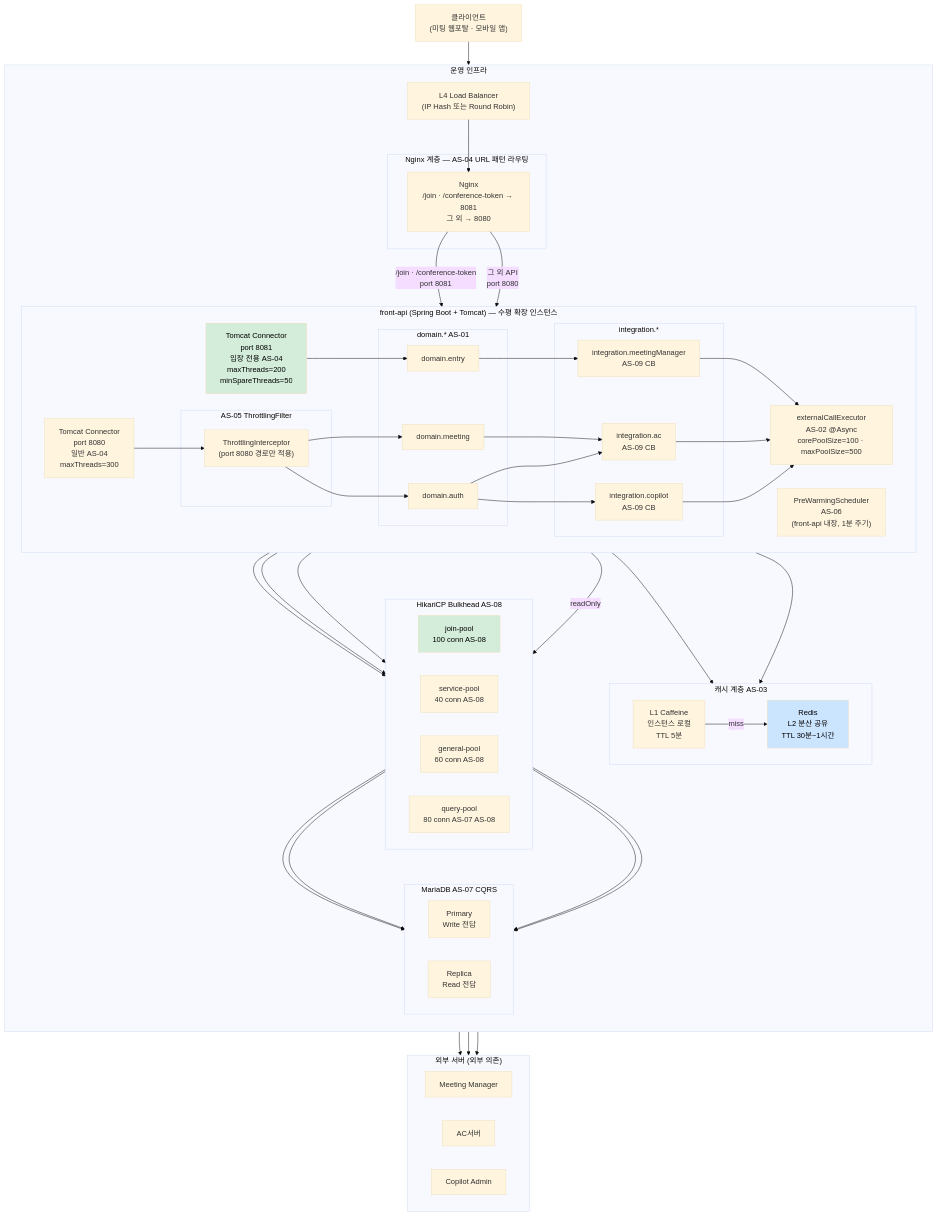
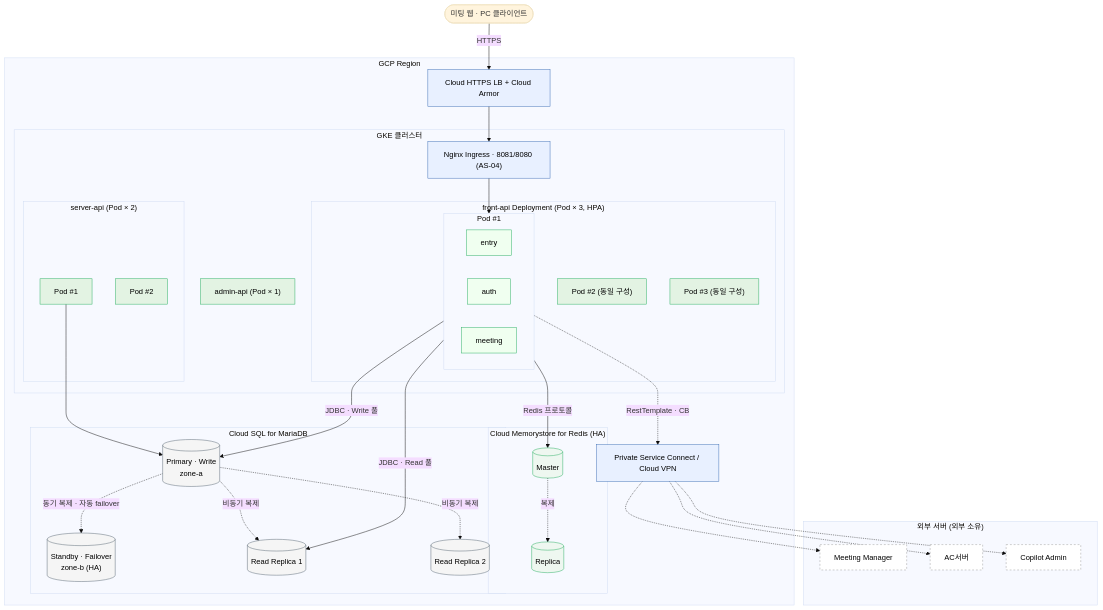
The diagram in docs/05-architecture-design/4.2-execution/4.2.3-deployment-view/overview.md (sujinnkim/A_Personal), drawn with Mermaid (base theme) before and after one commit. The commit also changed other lines of this file and 181 other files, not shown here.

````diff
--- a/docs/05-architecture-design/4.2-execution/4.2.3-deployment-view/overview.md
+++ b/docs/05-architecture-design/4.2-execution/4.2.3-deployment-view/overview.md
@@ -9,104 +19,71 @@
 ```mermaid
-flowchart TD
-    CLIENT["클라이언트\n(미팅 웹포탈 · 모바일 앱)"]
+flowchart TB
+    WEB(["미팅 웹 · PC 클라이언트"])
 
-    subgraph INFRA["운영 인프라"]
-        direction TB
+    subgraph GCP["GCP Region"]
+        LB["Cloud HTTPS LB + Cloud Armor"]
+        PSC["Private Service Connect / Cloud VPN"]
 
-        L4["L4 Load Balancer\n(IP Hash 또는 Round Robin)"]
-
-        subgraph NGINX_TIER["Nginx 계층  — AS-04 URL 패턴 라우팅"]
-            NGINX["Nginx\n/join · /conference-token → 8081\n그 외 → 8080"]
+        subgraph GKE["GKE 클러스터"]
+            NGINX["Nginx Ingress · 8081/8080 (AS-04)"]
+            subgraph FADEP["front-api Deployment (Pod × 3, HPA)"]
+                subgraph POD1["Pod #1"]
+                    direction LR
+                    DE["entry"]
+                    DA["auth"]
+                    DM["meeting"]
+                end
+                POD2["Pod #2 (동일 구성)"]
+                POD3["Pod #3 (동일 구성)"]
+            end
+            subgraph SAPI["server-api (Pod × 2)"]
+                SA1["Pod #1"]
+                SA2["Pod #2"]
+            end
+            AAPI["admin-api (Pod × 1)"]
         end
 
-        subgraph APP_TIER["front-api (Spring Boot + Tomcat)  — 수평 확장 인스턴스"]
-            direction LR
-            C8081["Tomcat Connector\nport 8081\n입장 전용  AS-04\nmaxThreads=200\nminSpareThreads=50"]
-            C8080["Tomcat Connector\nport 8080\n일반  AS-04\nmaxThreads=300"]
-
-            subgraph FILTER["AS-05 ThrottlingFilter"]
-                TF["ThrottlingInterceptor\n(port 8080 경로만 적용)"]
-            end
-
-            subgraph DOMAIN_LAYER["domain.*  AS-01"]
-                DE["domain.entry"]
-                DA["domain.auth"]
-                DM["domain.meeting"]
-            end
-
-            subgraph INTEGRATION_LAYER["integration.*"]
-                MM_INT["integration.meetingManager\nAS-09 CB"]
-                AC_INT["integration.ac\nAS-09 CB"]
-                CP_INT["integration.copilot\nAS-09 CB"]
-            end
-
-            ASYNC["externalCallExecutor\nAS-02 @Async\ncorePoolSize=100 · maxPoolSize=500"]
-
-            SCH["PreWarmingScheduler\nAS-06\n(front-api 내장, 1분 주기)"]
+        subgraph REDISN["Cloud Memorystore for Redis (HA)"]
+            RM[("Master")]
+            RR[("Replica")]
+            RM -.->|복제| RR
         end
-
-        subgraph CACHE_TIER["캐시 계층  AS-03"]
-            direction LR
-            L1_C["L1 Caffeine\n인스턴스 로컬\nTTL 5분"]
-            REDIS["Redis\nL2 분산 공유\nTTL 30분~1시간"]
-        end
-
-        subgraph POOL_TIER["HikariCP Bulkhead  AS-08"]
-            direction LR
-            JP["join-pool\n100 conn  AS-08"]
-            SP["service-pool\n40 conn  AS-08"]
-            GP["general-pool\n60 conn  AS-08"]
-            QP["query-pool\n80 conn  AS-07 AS-08"]
-        end
-
-        subgraph DB_TIER["MariaDB  AS-07 CQRS"]
-            direction LR
-            PRI["Primary\nWrite 전담"]
-            REP["Replica\nRead 전담"]
+        subgraph SQLN["Cloud SQL for MariaDB"]
+            PRI[("Primary · Write<br/>zone-a")]
+            STB[("Standby · Failover<br/>zone-b (HA)")]
+            REP1[("Read Replica 1")]
+            REP2[("Read Replica 2")]
+            PRI -.->|"동기 복제 · 자동 failover"| STB
+            PRI -.->|비동기 복제| REP1
+            PRI -.->|비동기 복제| REP2
         end
     end
 
-    subgraph EXT_TIER["외부 서버 (외부 의존)"]
-        direction LR
+    subgraph EXTN["외부 서버 (외부 소유)"]
         MM["Meeting Manager"]
         ACS["AC서버"]
         CPS["Copilot Admin"]
     end
 
-    %% 요청 흐름
-    CLIENT --> L4
-    L4 --> NGINX
-    NGINX -->|"/join · /conference-token\nport 8081"| C8081
-    NGINX -->|"그 외 API\nport 8080"| C8080
-    C8080 --> TF
-    TF --> DA & DM
-    C8081 --> DE
+    WEB -->|HTTPS| LB --> NGINX
+    NGINX --> POD1
+    POD1 -->|"Redis 프로토콜"| RM
+    POD1 -->|"JDBC · Write 풀"| PRI
+    POD1 -->|"JDBC · Read 풀"| REP1
+    POD1 -.->|"RestTemplate · CB"| PSC
+    SA1 --> PRI
+    PSC -.-> MM & ACS & CPS
 
-    %% domain → integration
-    DE --> MM_INT
-    DM --> AC_INT
-    DA --> AC_INT & CP_INT
-
-    %% async
-    MM_INT & AC_INT & CP_INT --> ASYNC
-    ASYNC --> MM & ACS & CPS
-
-    %% 캐시
-    DA --> L1_C
-    L1_C -->|miss| REDIS
-    SCH --> REDIS
-
-    %% 커넥션 풀
-    DE --> JP
-    DM --> SP
-    DA --> GP
-    DM -->|readOnly| QP
-
-    %% DB
-    JP & SP & GP --> PRI
-    QP --> REP
-
-    style C8081 fill:#d4edda,color:#000
-    style JP fill:#d4edda,color:#000
-    style REDIS fill:#cce5ff,color:#000
+    classDef edge fill:#e8f0ff,color:#000,stroke:#3b6cb5
+    classDef app fill:#e3f3e3,color:#000,stroke:#27ae60
+    classDef mod fill:#f0fff0,color:#000,stroke:#27ae60
+    classDef cache fill:#eef7f0,color:#000,stroke:#27ae60
+    classDef data fill:#f5f5f5,color:#000,stroke:#566573
+    classDef ext fill:#ffffff,color:#000,stroke:#999,stroke-dasharray:4 4
+    class LB,NGINX,PSC edge
+    class POD2,POD3,SA1,SA2,AAPI app
+    class DE,DA,DM mod
+    class RM,RR cache
+    class PRI,STB,REP1,REP2 data
+    class MM,ACS,CPS ext
 ```
````
